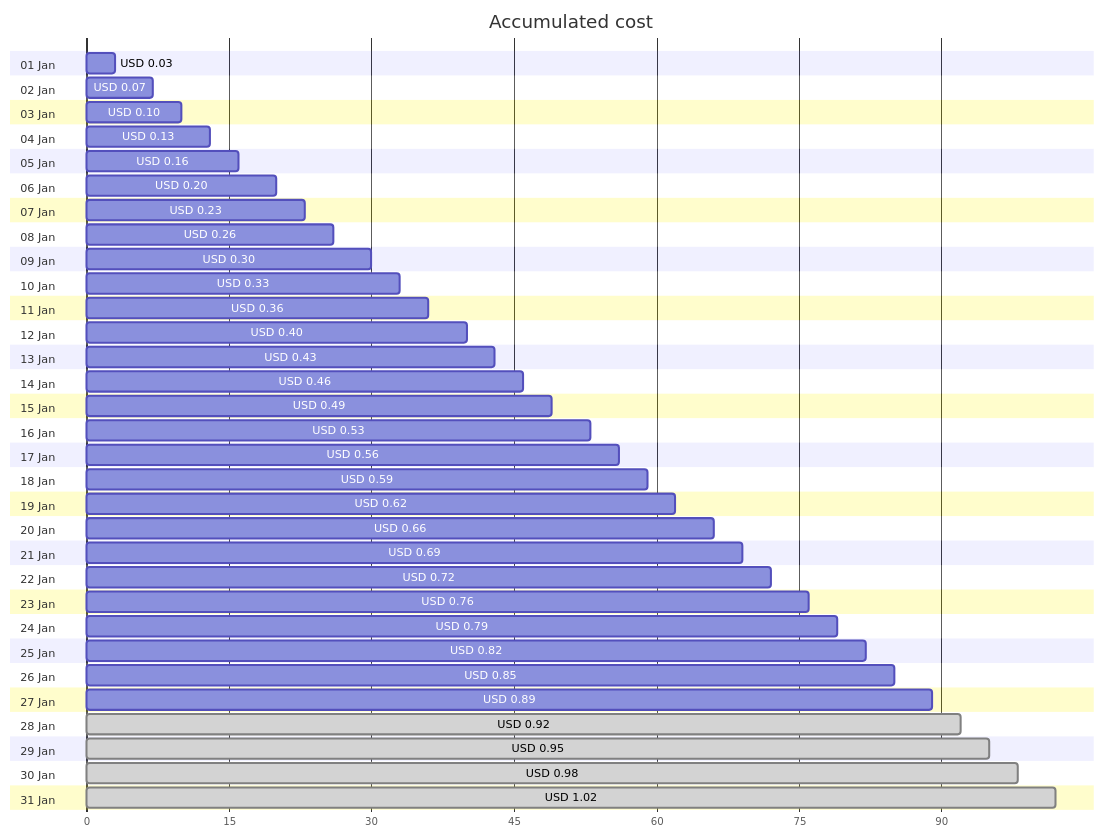
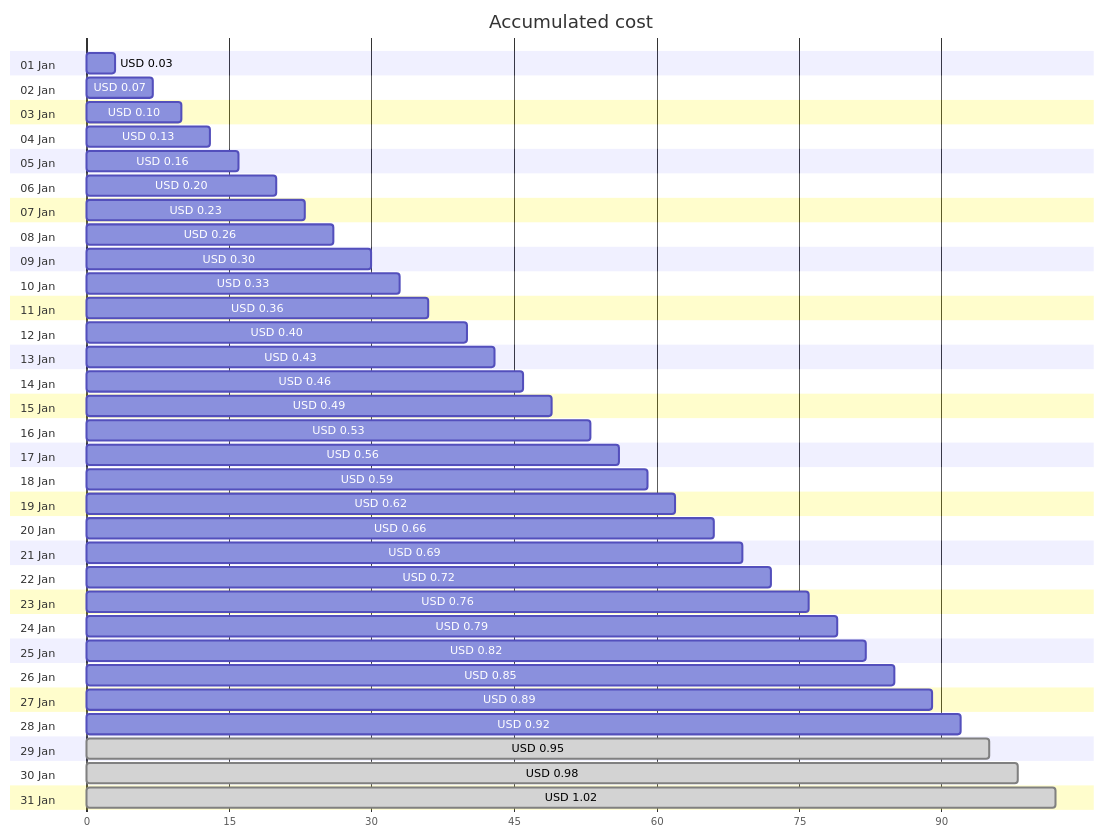
Before and after one commit to jpfulton/azure-personal-reports: the first of 4 diagrams in cost-reports/personal-dns/README.md, drawn with Mermaid. The commit also changed other lines of this file and 2 other files, not shown here.

````diff
--- a/cost-reports/personal-dns/README.md
+++ b/cost-reports/personal-dns/README.md
@@ -20,68 +20,68 @@
 ```mermaid
 gantt
    title Accumulated cost
    dateFormat  X
    axisFormat %s
    section 01 Jan
    USD 0.03 :0, 3
    section 02 Jan
    USD 0.07 :0, 7
    section 03 Jan
    USD 0.10 :0, 10
    section 04 Jan
    USD 0.13 :0, 13
    section 05 Jan
    USD 0.16 :0, 16
    section 06 Jan
    USD 0.20 :0, 20
    section 07 Jan
    USD 0.23 :0, 23
    section 08 Jan
    USD 0.26 :0, 26
    section 09 Jan
    USD 0.30 :0, 30
    section 10 Jan
    USD 0.33 :0, 33
    section 11 Jan
    USD 0.36 :0, 36
    section 12 Jan
    USD 0.40 :0, 40
    section 13 Jan
    USD 0.43 :0, 43
    section 14 Jan
    USD 0.46 :0, 46
    section 15 Jan
    USD 0.49 :0, 49
    section 16 Jan
    USD 0.53 :0, 53
    section 17 Jan
    USD 0.56 :0, 56
    section 18 Jan
    USD 0.59 :0, 59
    section 19 Jan
    USD 0.62 :0, 62
    section 20 Jan
    USD 0.66 :0, 66
    section 21 Jan
    USD 0.69 :0, 69
    section 22 Jan
    USD 0.72 :0, 72
    section 23 Jan
    USD 0.76 :0, 76
    section 24 Jan
    USD 0.79 :0, 79
    section 25 Jan
    USD 0.82 :0, 82
    section 26 Jan
    USD 0.85 :0, 85
    section 27 Jan
    USD 0.89 :0, 89
    section 28 Jan
-   USD 0.92 : done, 0, 92
+   USD 0.92 :0, 92
    section 29 Jan
    USD 0.95 : done, 0, 95
    section 30 Jan
    USD 0.98 : done, 0, 98
    section 31 Jan
    USD 1.02 : done, 0, 102
 ```
````
